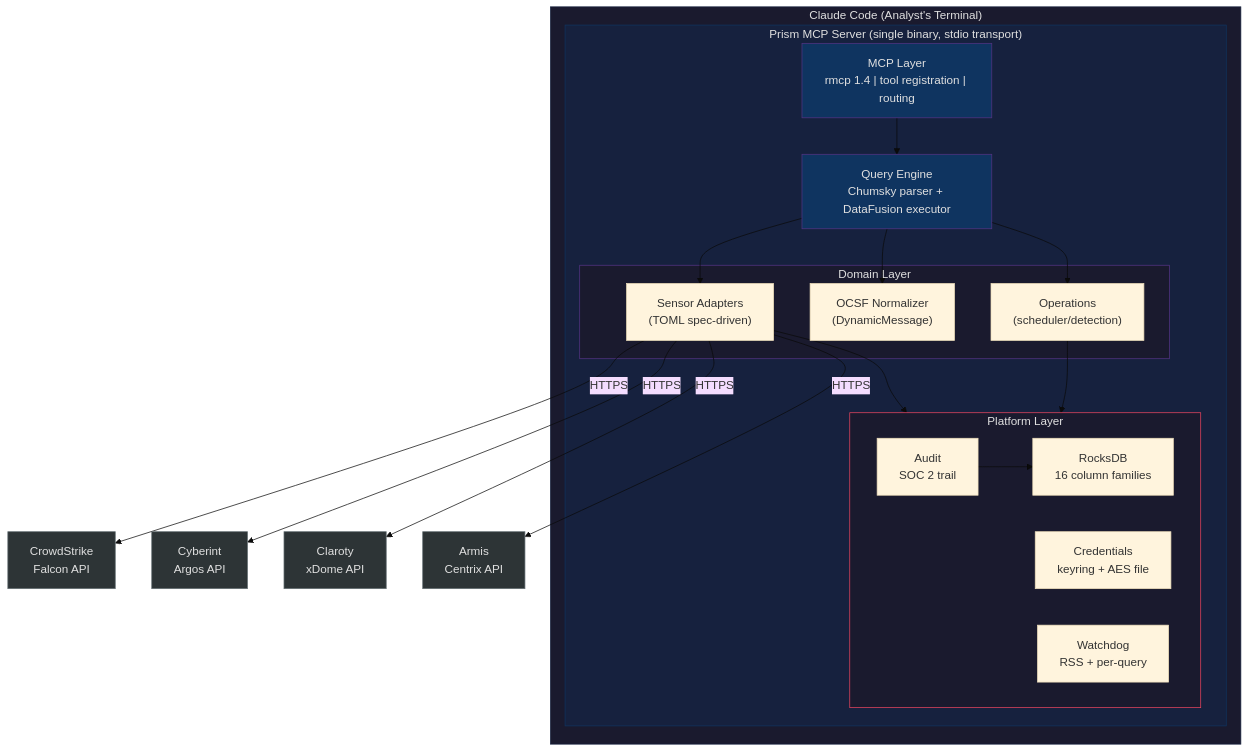
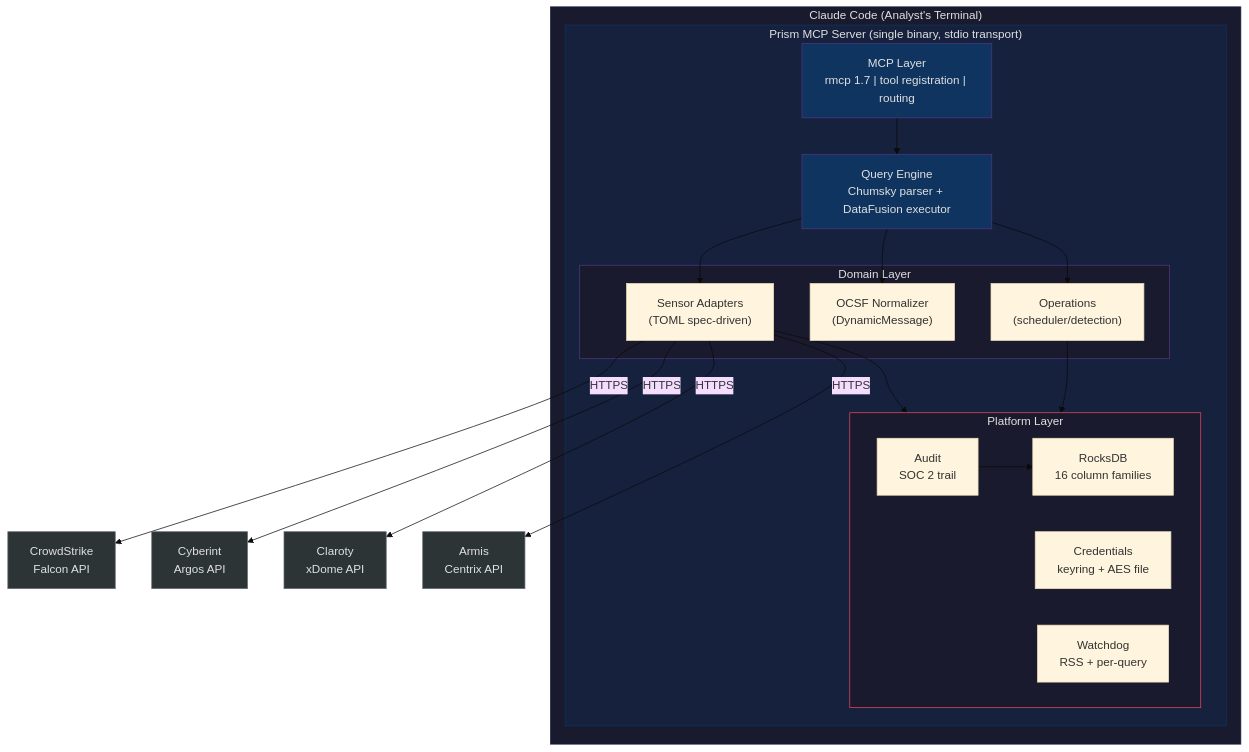
Before and after one commit to drbothen/prism: the third of 6 diagrams in specs/architecture/system-overview.md, drawn with Mermaid (base theme). The commit also changed 5 other files, not shown here.

First line of the commit message:
fix(S-5.01-FOLLOWUP-MCP-BOOT): close F-PASS9-MED-1 — update rmcp 1.4 → 1.7 across all spec files

````diff
--- a/specs/architecture/system-overview.md
+++ b/specs/architecture/system-overview.md
@@ -201,46 +201,46 @@
 ```mermaid
 graph TB
     subgraph CC["Claude Code (Analyst's Terminal)"]
         subgraph PRISM["Prism MCP Server (single binary, stdio transport)"]
-            MCP["MCP Layer<br/>rmcp 1.4 | tool registration | routing"]
+            MCP["MCP Layer<br/>rmcp 1.7 | tool registration | routing"]
             QE["Query Engine<br/>Chumsky parser + DataFusion executor"]
             
             subgraph MIDDLE["Domain Layer"]
                 SA["Sensor Adapters<br/>(TOML spec-driven)"]
                 OCSF["OCSF Normalizer<br/>(DynamicMessage)"]
                 OPS["Operations<br/>(scheduler/detection)"]
             end
             
             subgraph PLATFORM["Platform Layer"]
                 ROCKS["RocksDB<br/>16 column families"]
                 CREDS["Credentials<br/>keyring + AES file"]
                 AUDIT["Audit<br/>SOC 2 trail"]
                 WATCH["Watchdog<br/>RSS + per-query"]
             end
         end
     end
 
     MCP --> QE
     QE --> SA
     QE --> OCSF
     QE --> OPS
     SA --> PLATFORM
     OPS --> PLATFORM
     AUDIT --> ROCKS
 
     SA -- "HTTPS" --> CS["CrowdStrike<br/>Falcon API"]
     SA -- "HTTPS" --> CY["Cyberint<br/>Argos API"]
     SA -- "HTTPS" --> CL["Claroty<br/>xDome API"]
     SA -- "HTTPS" --> AR["Armis<br/>Centrix API"]
 
     style CC fill:#1a1a2e,stroke:#16213e,color:#e0e0e0
     style PRISM fill:#16213e,stroke:#0f3460,color:#e0e0e0
     style MCP fill:#0f3460,stroke:#533483,color:#e0e0e0
     style QE fill:#0f3460,stroke:#533483,color:#e0e0e0
     style MIDDLE fill:#1a1a2e,stroke:#533483,color:#e0e0e0
     style PLATFORM fill:#1a1a2e,stroke:#e94560,color:#e0e0e0
     style CS fill:#2d3436,stroke:#636e72,color:#e0e0e0
     style CY fill:#2d3436,stroke:#636e72,color:#e0e0e0
     style CL fill:#2d3436,stroke:#636e72,color:#e0e0e0
     style AR fill:#2d3436,stroke:#636e72,color:#e0e0e0
 ```
````
